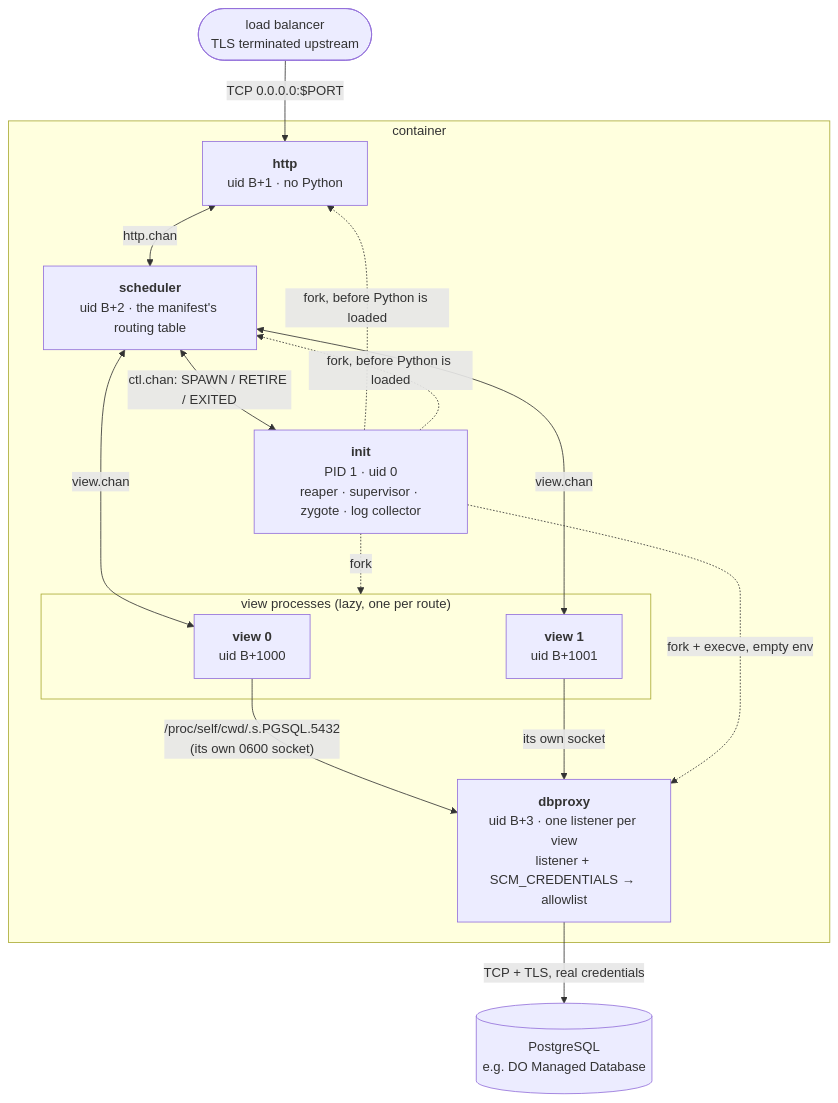
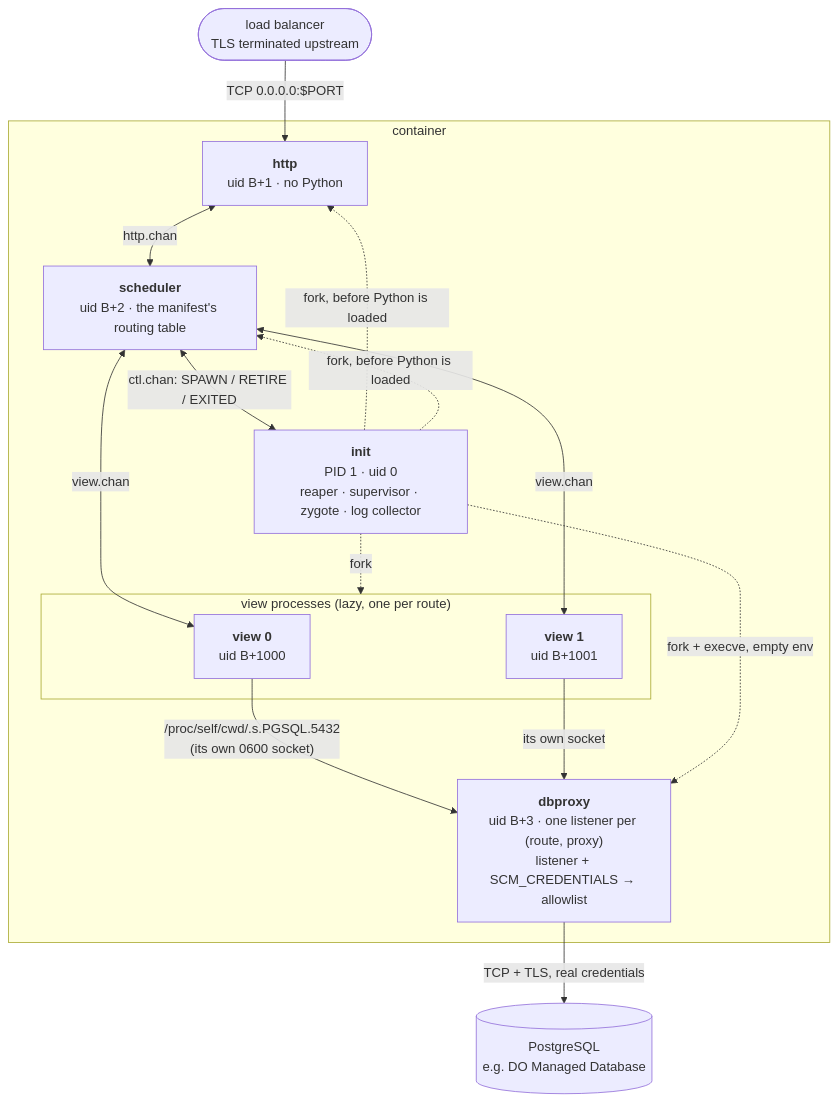
One commit to OffworldNexus/blastit changed the first of 3 diagrams in docs/how-it-works.md. Above: the diagram before and after it, drawn with Mermaid. The commit also changed other lines of this file and 22 other files, not shown here.

````diff
--- a/docs/how-it-works.md
+++ b/docs/how-it-works.md
@@ -22,30 +26,30 @@
 ```mermaid
 flowchart TB
     lb(["load balancer<br/>TLS terminated upstream"])
     pg[("PostgreSQL<br/>e.g. DO Managed Database")]
 
     subgraph container["container"]
         init["<b>init</b><br/>PID 1 · uid 0<br/>reaper · supervisor · zygote · log collector"]
         http["<b>http</b><br/>uid B+1 · no Python"]
         sched["<b>scheduler</b><br/>uid B+2 · the manifest's routing table"]
         subgraph views["view processes (lazy, one per route)"]
             v0["<b>view 0</b><br/>uid B+1000"]
             v1["<b>view 1</b><br/>uid B+1001"]
         end
-        dbproxy["<b>dbproxy</b><br/>uid B+3 · one listener per view<br/>listener + SCM_CREDENTIALS → allowlist"]
+        dbproxy["<b>dbproxy</b><br/>uid B+3 · one listener per (route, proxy)<br/>listener + SCM_CREDENTIALS → allowlist"]
     end
 
     lb -- "TCP 0.0.0.0:$PORT" --> http
     http <-- "http.chan" --> sched
     sched <-- "ctl.chan: SPAWN / RETIRE / EXITED" --> init
     sched <-- "view.chan" --> v0
     sched <-- "view.chan" --> v1
     v0 -- "/proc/self/cwd/.s.PGSQL.5432<br/>(its own 0600 socket)" --> dbproxy
     v1 -- "its own socket" --> dbproxy
     dbproxy -- "TCP + TLS, real credentials" --> pg
 
     init -. "fork + execve, empty env" .-> dbproxy
     init -. "fork, before Python is loaded" .-> http
     init -. "fork, before Python is loaded" .-> sched
     init -. "fork" .-> views
 ```
````
